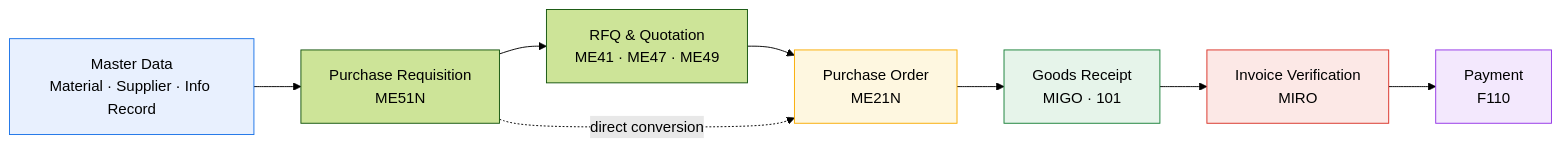
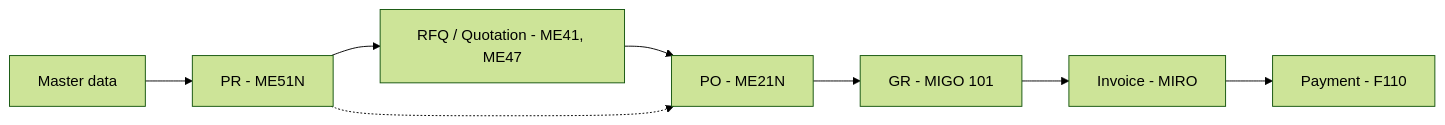
The diagram in README.md (manikantavootakuti-ctrl/sap-mm-procure-to-pay), drawn with Mermaid (forest theme) before and after one commit. The commit also changed other lines of this file, not shown here.

````diff
--- a/README.md
+++ b/README.md
@@ -12,16 +9,10 @@
 ```mermaid
 flowchart LR
-    A[Master Data<br/>Material · Supplier · Info Record] --> B[Purchase Requisition<br/>ME51N]
-    B --> C[RFQ & Quotation<br/>ME41 · ME47 · ME49]
-    C --> D[Purchase Order<br/>ME21N]
-    B -. direct conversion .-> D
-    D --> E[Goods Receipt<br/>MIGO · 101]
-    E --> F[Invoice Verification<br/>MIRO]
-    F --> G[Payment<br/>F110]
-
-    style A fill:#e8f0fe,stroke:#1a73e8
-    style D fill:#fef7e0,stroke:#f9ab00
-    style E fill:#e6f4ea,stroke:#188038
-    style F fill:#fce8e6,stroke:#d93025
-    style G fill:#f3e8fd,stroke:#9334e6
+    A[Master data] --> B[PR - ME51N]
+    B --> C[RFQ / Quotation - ME41, ME47]
+    C --> D[PO - ME21N]
+    B -.-> D
+    D --> E[GR - MIGO 101]
+    E --> F[Invoice - MIRO]
+    F --> G[Payment - F110]
 ```
````
